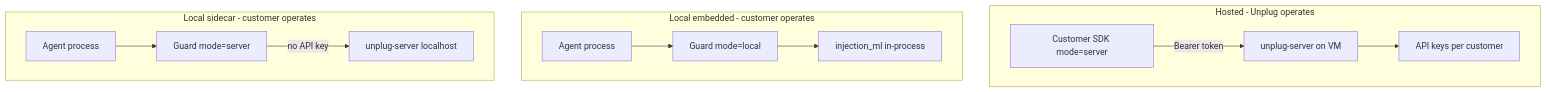
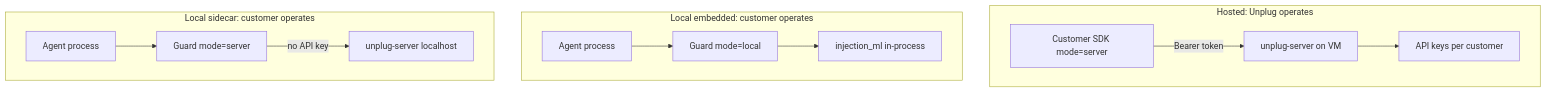
The diagram in sdk/docs/DEPLOYMENT.md (AaliyaKhan25/Unplugak), drawn with Mermaid before and after one commit. The commit also changed other lines of this file and 158 other files, not shown here.

````diff
--- a/sdk/docs/DEPLOYMENT.md
+++ b/sdk/docs/DEPLOYMENT.md
@@ -5,24 +5,24 @@
 ```mermaid
 flowchart TB
-  subgraph hosted [Hosted - Unplug operates]
+  subgraph hosted [Hosted: Unplug operates]
     VM[unplug-server on VM]
     Keys[API keys per customer]
     VM --> Keys
     CustSDK1[Customer SDK mode=server]
     CustSDK1 -->|Bearer token| VM
   end
 
-  subgraph embedded [Local embedded - customer operates]
+  subgraph embedded [Local embedded: customer operates]
     Agent[Agent process]
     Guard1[Guard mode=local]
     ML1[injection_ml in-process]
     Agent --> Guard1 --> ML1
   end
 
-  subgraph sidecar [Local sidecar - customer operates]
+  subgraph sidecar [Local sidecar: customer operates]
     Sidecar[unplug-server localhost]
     Agent2[Agent process]
     Guard2[Guard mode=server]
     Agent2 --> Guard2 -->|no API key| Sidecar
   end
 ```
````
